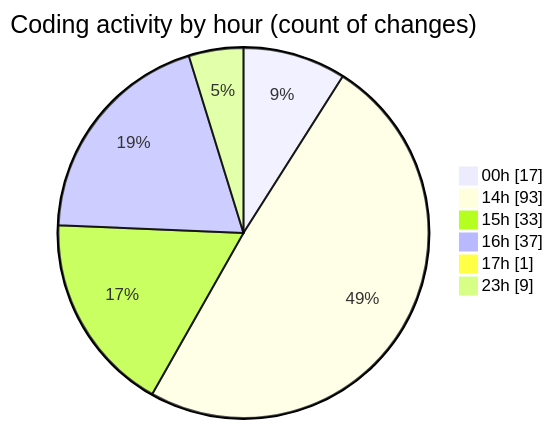
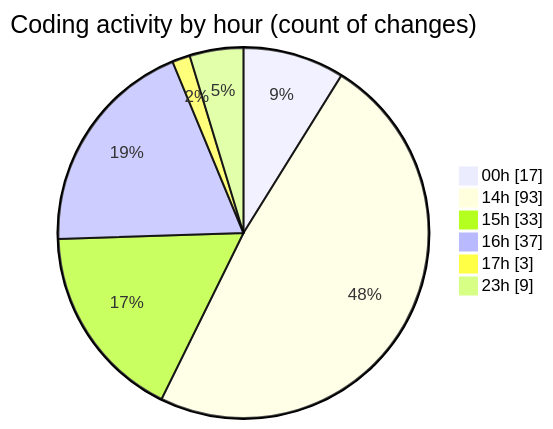
Before and after one commit to Ritupan-Deka/code-tracking: the second of 2 diagrams in 2025-07-20/mern-workoutboard/README.md, drawn with Mermaid. The commit also changed other lines of this file and 1 other file, not shown here.

````diff
--- a/2025-07-20/mern-workoutboard/README.md
+++ b/2025-07-20/mern-workoutboard/README.md
@@ -38,10 +38,10 @@
 ```mermaid
 pie showData
 title Coding activity by hour (count of changes)
 "00h" : 17
 "14h" : 93
 "15h" : 33
 "16h" : 37
-"17h" : 1
+"17h" : 3
 "23h" : 9
 ```
````
